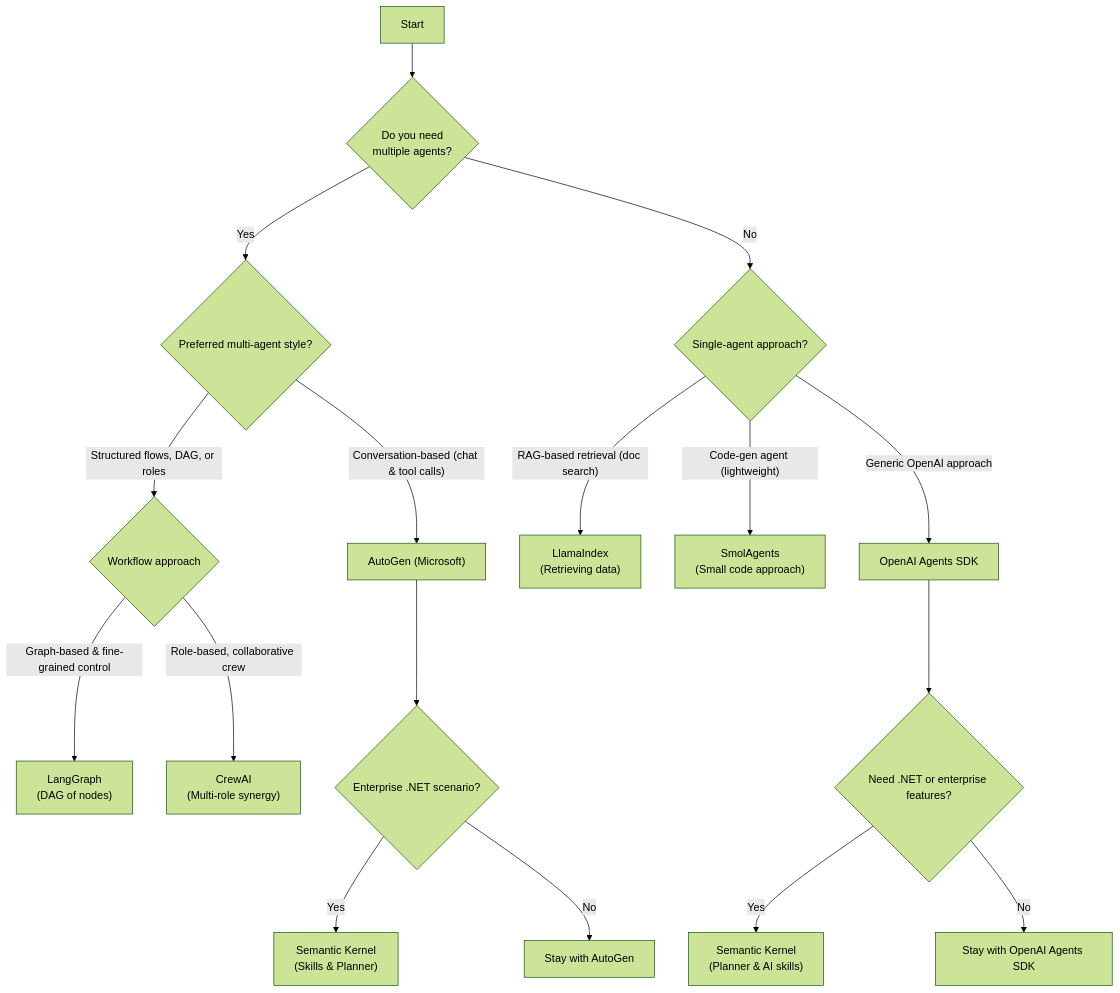
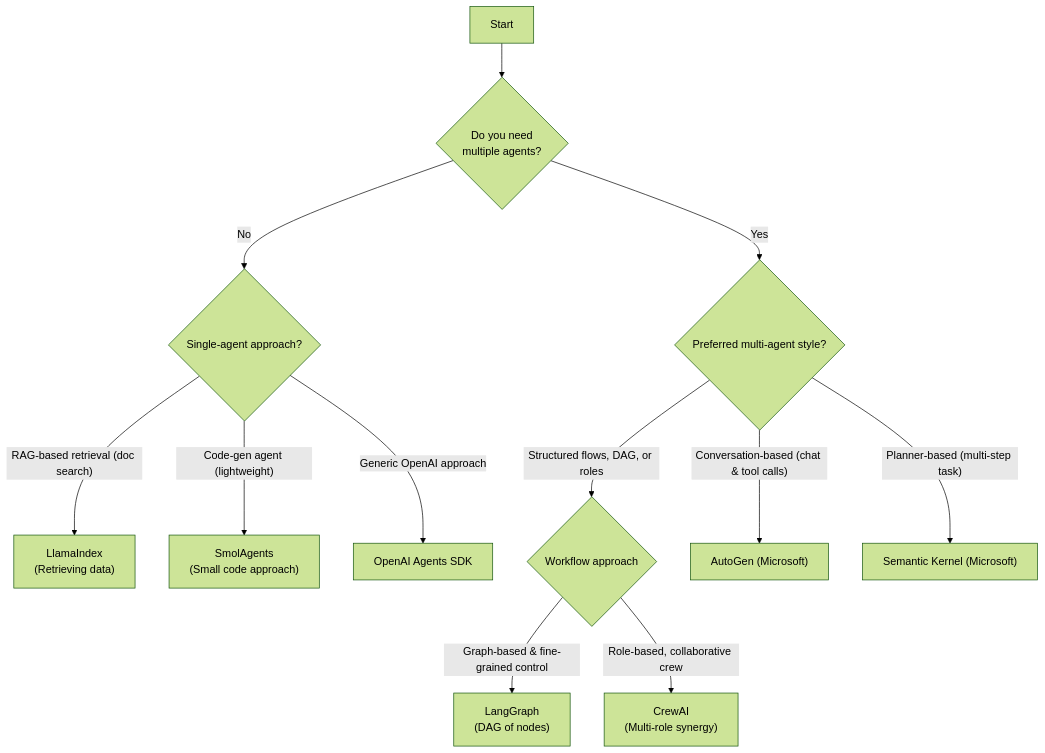
The diagram in pages/blog/2025-03-19-ai-agent-comparison.mdx (langfuse/langfuse-docs), drawn with Mermaid (forest theme) before and after one commit. The commit also changed other lines of this file, not shown here.

Commit message:
docs: update comparison mermaid chart

````diff
--- a/pages/blog/2025-03-19-ai-agent-comparison.mdx
+++ b/pages/blog/2025-03-19-ai-agent-comparison.mdx
@@ -150,29 +149,20 @@
 ```mermaid
 flowchart TD
     A[Start] --> B{"Do you need\nmultiple agents?"}
     B -->|Yes| C{"Preferred multi-agent style?"}
     B -->|No| D{"Single-agent approach?"}
 
-    %% MULTI-AGENT BRANCH
-    C -->|"Conversation-based (chat & tool calls)"| E["AutoGen (Microsoft)"]
-    C -->|Structured flows, DAG, or roles| F{"Workflow approach"}
-    
-    F -->|Graph-based & fine-grained control| G["LangGraph\n(DAG of nodes)"]
-    F -->|Role-based, collaborative crew| H["CrewAI\n(Multi-role synergy)"]
-
-    %% ENTERPRISE CHECK FOR MULTI-AGENT (via AutoGen)
-    E --> I{"Enterprise .NET scenario?"}
-    I -->|Yes| J["Semantic Kernel\n(Skills & Planner)"]
-    I -->|No| K[Stay with AutoGen]
-
     %% SINGLE-AGENT BRANCH
     D -->|"RAG-based retrieval (doc search)"| L["LlamaIndex\n(Retrieving data)"]
     D -->|"Code-gen agent (lightweight)"| M["SmolAgents\n(Small code approach)"]
     D -->|"Generic OpenAI approach"| N["OpenAI Agents SDK"]
 
-    %% ENTERPRISE CHECK FOR SINGLE-AGENT
-    N --> O{"Need .NET or enterprise features?"}
-    O -->|Yes| P["Semantic Kernel\n(Planner & AI skills)"]
-    O -->|No| Q[Stay with OpenAI Agents SDK]
+    %% MULTI-AGENT BRANCH
+    F -->|Graph-based & fine-grained control| G["LangGraph\n(DAG of nodes)"]
+    F -->|Role-based, collaborative crew| H["CrewAI\n(Multi-role synergy)"]
+
+    C -->|"Conversation-based (chat & tool calls)"| E["AutoGen (Microsoft)"]
+    C -->|"Planner-based (multi-step task)"| X["Semantic Kernel (Microsoft)"]
+    C -->|Structured flows, DAG, or roles| F{"Workflow approach"}
 
 ```
````
